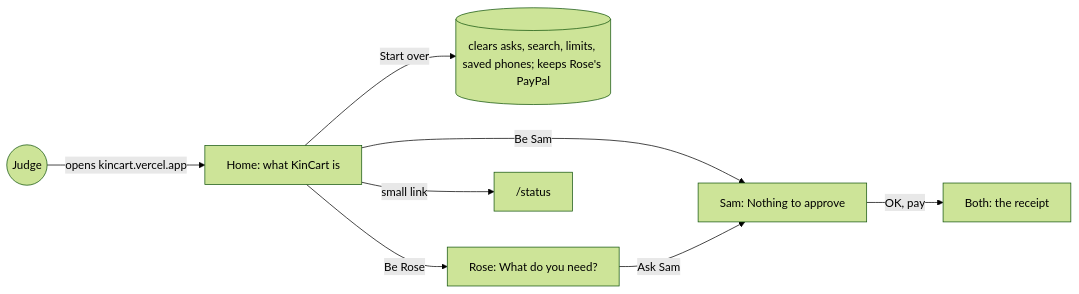
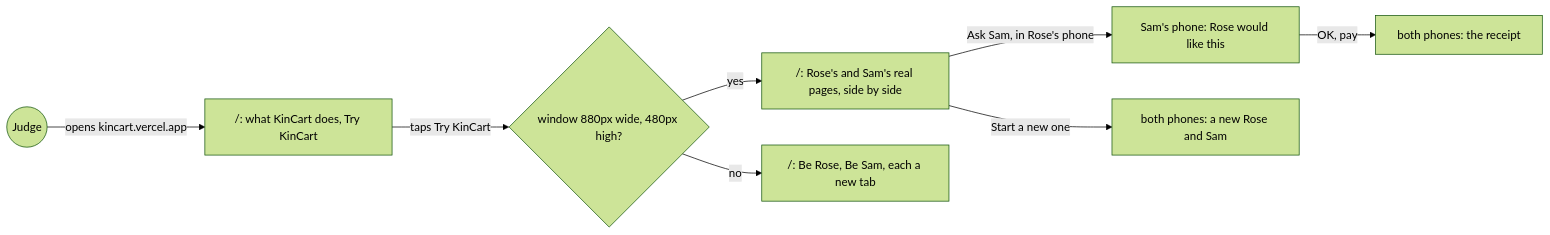
The first of 2 diagrams in docs/specs/demo-home.md (dzaffren/kincart), drawn with Mermaid (forest theme) before and after one commit. The commit also changed other lines of this file, not shown here.

Commit message:
docs(spec): redo demo-home pause 1 on top of households

````diff
--- a/docs/specs/demo-home.md
+++ b/docs/specs/demo-home.md
@@ -35,10 +35,10 @@
 ```mermaid
 flowchart LR
-    J((Judge)) -- "opens kincart.vercel.app" --> H["Home: what KinCart is"]
-    H -- "Start over" --> C[("clears asks, search, limits, saved phones; keeps Rose's PayPal")]
-    H -- "Be Rose" --> R["Rose: What do you need?"]
-    H -- "Be Sam" --> S["Sam: Nothing to approve"]
-    R -- "Ask Sam" --> S
-    S -- "OK, pay" --> P["Both: the receipt"]
-    H -- "small link" --> ST["/status"]
+    J((Judge)) -- "opens kincart.vercel.app" --> H["/: what KinCart does, Try KinCart"]
+    H -- "taps Try KinCart" --> W{"window 880px wide, 480px high?"}
+    W -- "yes" --> P["/: Rose's and Sam's real pages, side by side"]
+    W -- "no" --> B["/: Be Rose, Be Sam, each a new tab"]
+    P -- "Ask Sam, in Rose's phone" --> S["Sam's phone: Rose would like this"]
+    S -- "OK, pay" --> R["both phones: the receipt"]
+    P -- "Start a new one" --> P2["both phones: a new Rose and Sam"]
 ```
````
